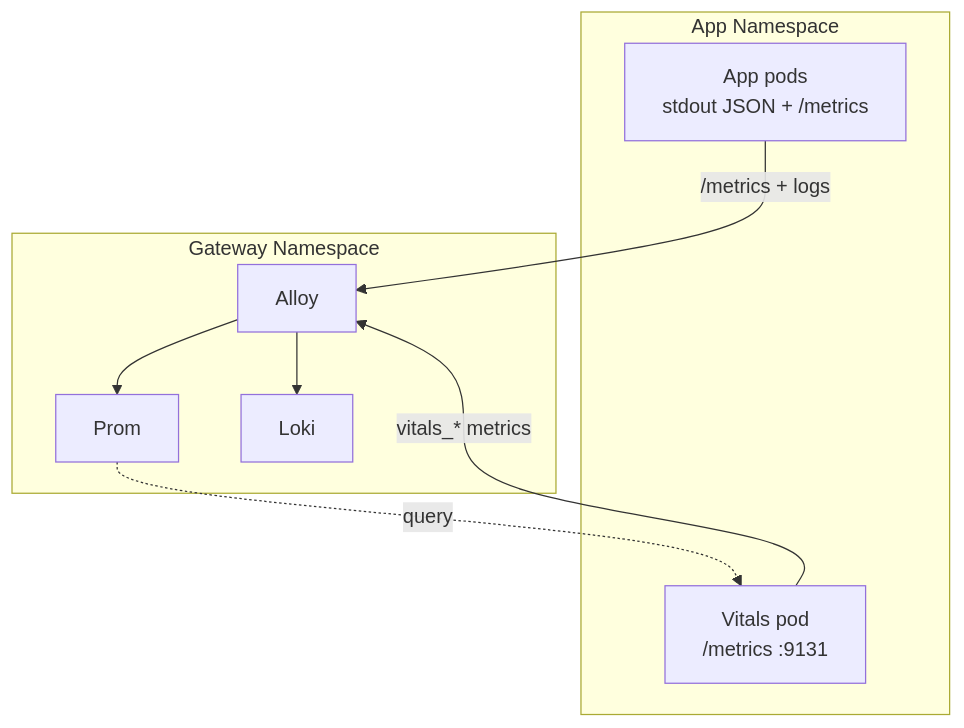
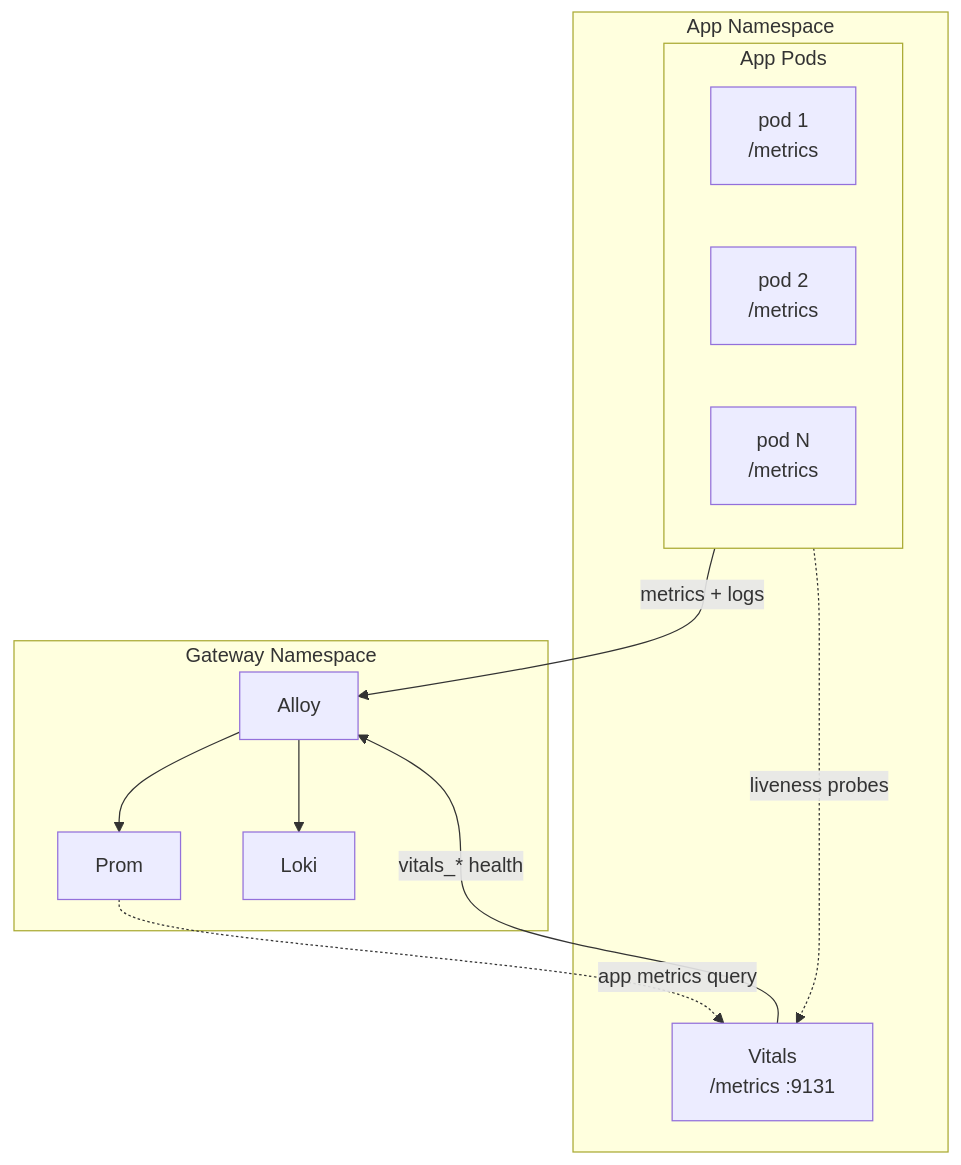
One commit to Kord96/kordinate changed the first of 2 diagrams in docs/reference/patterns/observability-contract.md. Above: the diagram before and after it, drawn with Mermaid. The commit also changed other lines of this file, not shown here.

First line of the commit message:
docs: expand pod nodes in diagrams, show both vitals data paths [scribe]

````diff
--- a/docs/reference/patterns/observability-contract.md
+++ b/docs/reference/patterns/observability-contract.md
@@ -7,15 +7,20 @@
 ```mermaid
 flowchart TB
     subgraph ns[App Namespace]
-        APPS[App pods<br/>stdout JSON + /metrics]
-        VIT[Vitals pod<br/>/metrics :9131]
+        subgraph pods[App Pods]
+            P1[pod 1<br/>/metrics]
+            P2[pod 2<br/>/metrics]
+            PN[pod N<br/>/metrics]
+        end
+        VIT[Vitals<br/>/metrics :9131]
     end
 
     subgraph gw[Gateway Namespace]
-        AL[Alloy] --> P[Prom] & L[Loki]
+        AL[Alloy] --> PR[Prom] & LK[Loki]
     end
 
-    APPS -->|/metrics + logs| AL
-    VIT -->|vitals_* metrics| AL
-    P -.->|query| VIT
+    pods -->|metrics + logs| AL
+    VIT -->|vitals_* health| AL
+    PR -.->|app metrics query| VIT
+    pods -.->|liveness probes| VIT
 ```
````
